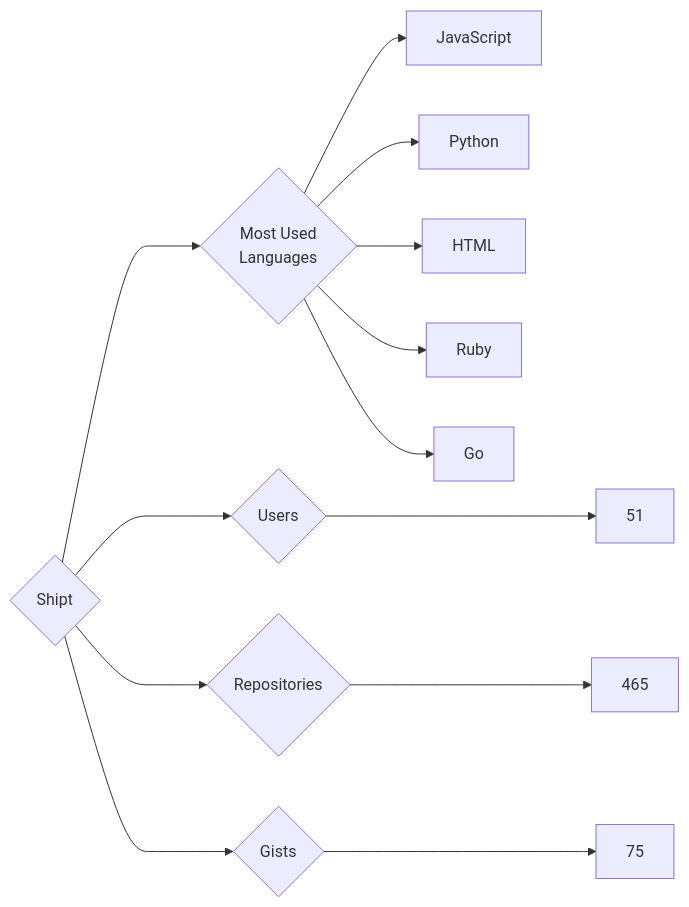
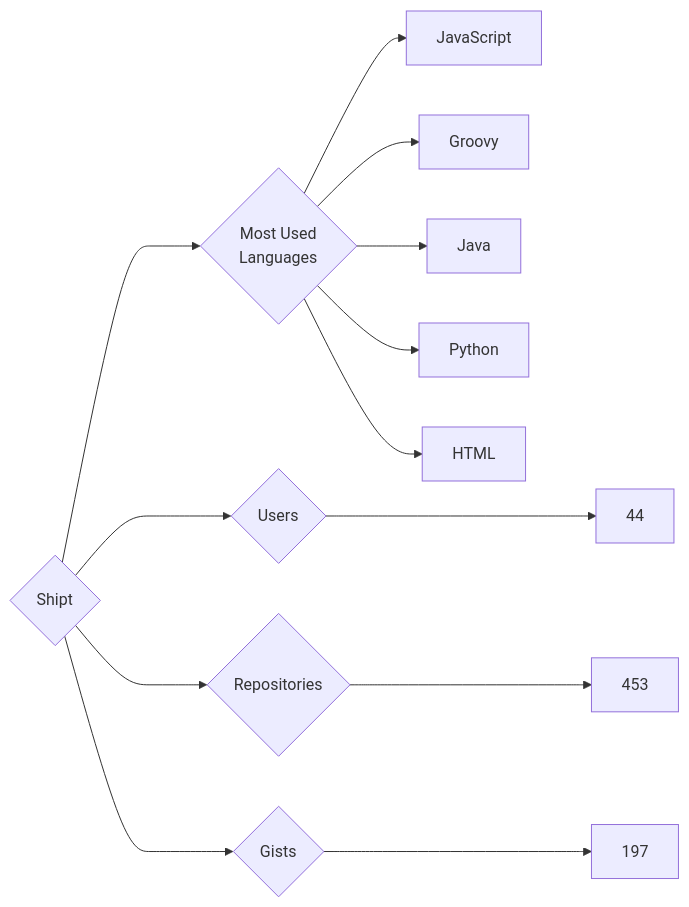
Before and after one commit to trickest/insiders: the diagram in targets/Shipt/README.md, drawn with Mermaid. The commit also changed 939 other files, not shown here.

````diff
--- a/targets/Shipt/README.md
+++ b/targets/Shipt/README.md
@@ -3,13 +3,13 @@
 ```mermaid
 graph LR
 COMPANY_NAME{Shipt}
-COMPANY_NAME ---> U{Users} ---> UN[51]
-COMPANY_NAME ---> R{Repositories} ---> RN[465]
-COMPANY_NAME ---> G{Gists} ---> GN[75]
+COMPANY_NAME ---> U{Users} ---> UN[44]
+COMPANY_NAME ---> R{Repositories} ---> RN[453]
+COMPANY_NAME ---> G{Gists} ---> GN[197]
 COMPANY_NAME ---> ML{Most Used<br>Languages}
 ML --> JavaScript[JavaScript]
+ML --> Groovy[Groovy]
+ML --> Java[Java]
 ML --> Python[Python]
 ML --> HTML[HTML]
-ML --> Ruby[Ruby]
-ML --> Go[Go]
 ```
````
